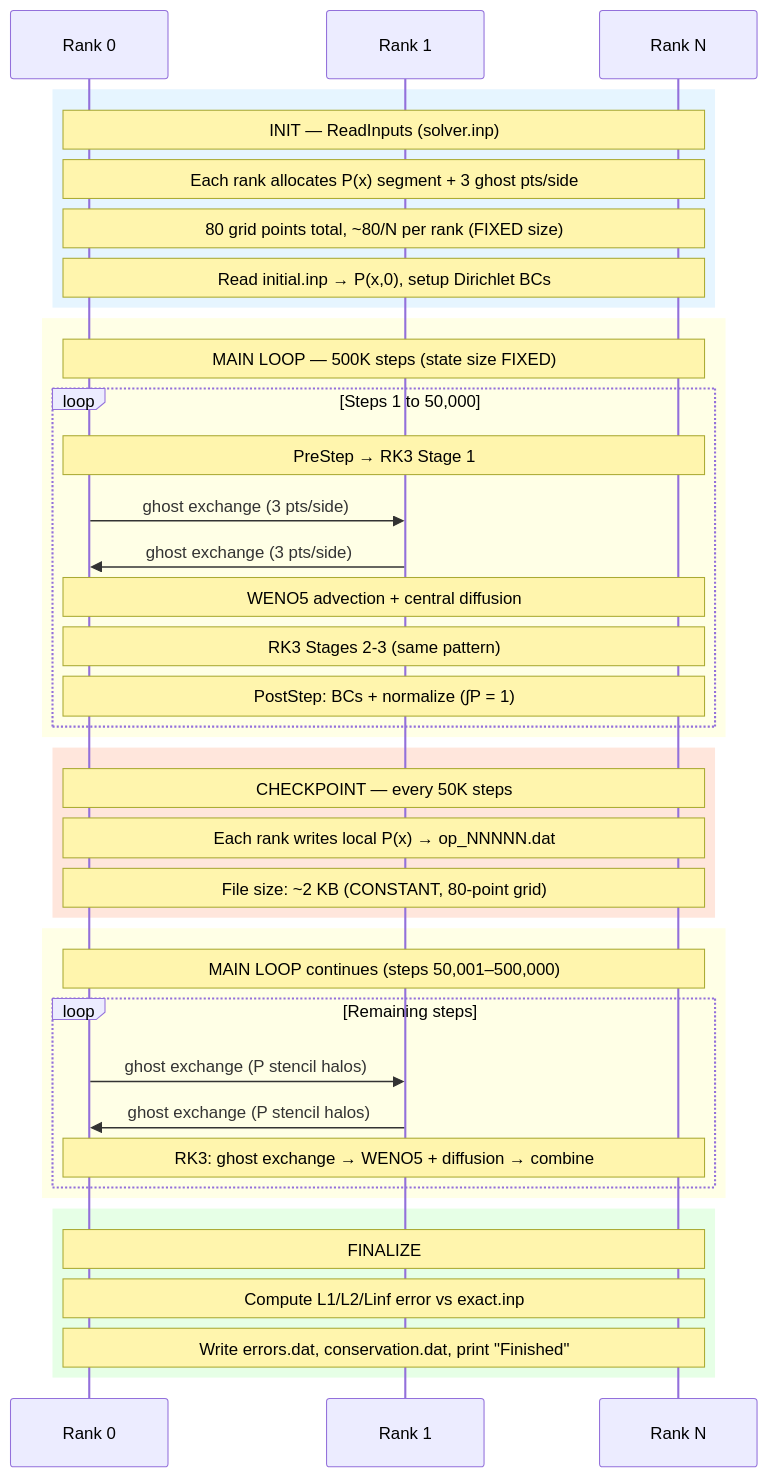
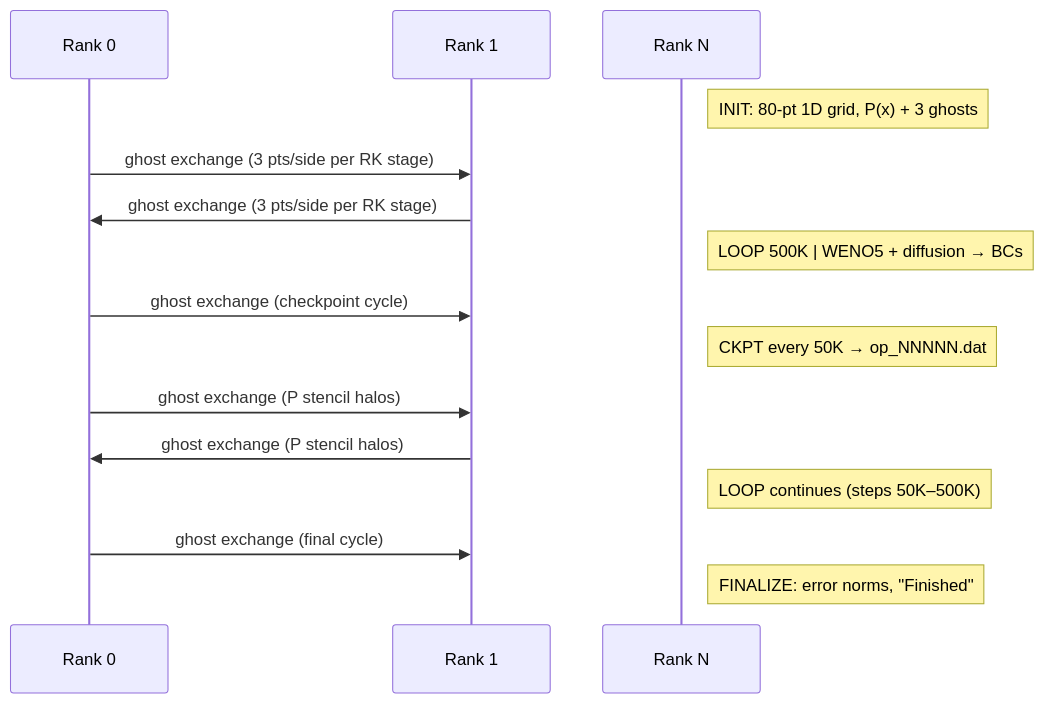
One commit to ngduchai/guard-agent changed the third of 3 diagrams in tests/apps/docs/HyPar/README.md. Above: the diagram before and after it, drawn with Mermaid. The commit also changed other lines of this file and 43 other files, not shown here.

````diff
--- a/tests/apps/docs/HyPar/README.md
+++ b/tests/apps/docs/HyPar/README.md
@@ -119,46 +116,22 @@
 ```mermaid
 sequenceDiagram
     participant R0 as Rank 0
     participant R1 as Rank 1
     participant RN as Rank N
 
-    rect rgb(230,245,255)
-    Note over R0,RN: INIT — ReadInputs (solver.inp)
-    Note over R0,RN: Each rank allocates P(x) segment + 3 ghost pts/side
-    Note over R0,RN: 80 grid points total, ~80/N per rank (FIXED size)
-    Note over R0,RN: Read initial.inp → P(x,0), setup Dirichlet BCs
-    end
+    Note right of RN: INIT: 80-pt 1D grid, P(x) + 3 ghosts
 
-    rect rgb(255,255,230)
-    Note over R0,RN: MAIN LOOP — 500K steps (state size FIXED)
-    loop Steps 1 to 50,000
-        Note over R0,RN: PreStep → RK3 Stage 1
-        R0->>R1: ghost exchange (3 pts/side)
-        R1->>R0: ghost exchange (3 pts/side)
-        Note over R0,RN: WENO5 advection + central diffusion
-        Note over R0,RN: RK3 Stages 2-3 (same pattern)
-        Note over R0,RN: PostStep: BCs + normalize (∫P = 1)
-    end
-    end
+    R0->>R1: ghost exchange (3 pts/side per RK stage)
+    R1->>R0: ghost exchange (3 pts/side per RK stage)
+    Note right of RN: LOOP 500K | WENO5 + diffusion → BCs
 
-    rect rgb(255,230,220)
-    Note over R0,RN: CHECKPOINT — every 50K steps
-    Note over R0,RN: Each rank writes local P(x) → op_NNNNN.dat
-    Note over R0,RN: File size: ~2 KB (CONSTANT, 80-point grid)
-    end
+    R0->>R1: ghost exchange (checkpoint cycle)
+    Note right of RN: CKPT every 50K → op_NNNNN.dat
 
-    rect rgb(255,255,230)
-    Note over R0,RN: MAIN LOOP continues (steps 50,001–500,000)
-    loop Remaining steps
-        R0->>R1: ghost exchange (P stencil halos)
-        R1->>R0: ghost exchange (P stencil halos)
-        Note over R0,RN: RK3: ghost exchange → WENO5 + diffusion → combine
-    end
-    end
+    R0->>R1: ghost exchange (P stencil halos)
+    R1->>R0: ghost exchange (P stencil halos)
+    Note right of RN: LOOP continues (steps 50K–500K)
 
-    rect rgb(230,255,230)
-    Note over R0,RN: FINALIZE
-    Note over R0,RN: Compute L1/L2/Linf error vs exact.inp
-    Note over R0,RN: Write errors.dat, conservation.dat, print "Finished"
-    end
+    R0->>R1: ghost exchange (final cycle)
+    Note right of RN: FINALIZE: error norms, "Finished"
 ```
````
